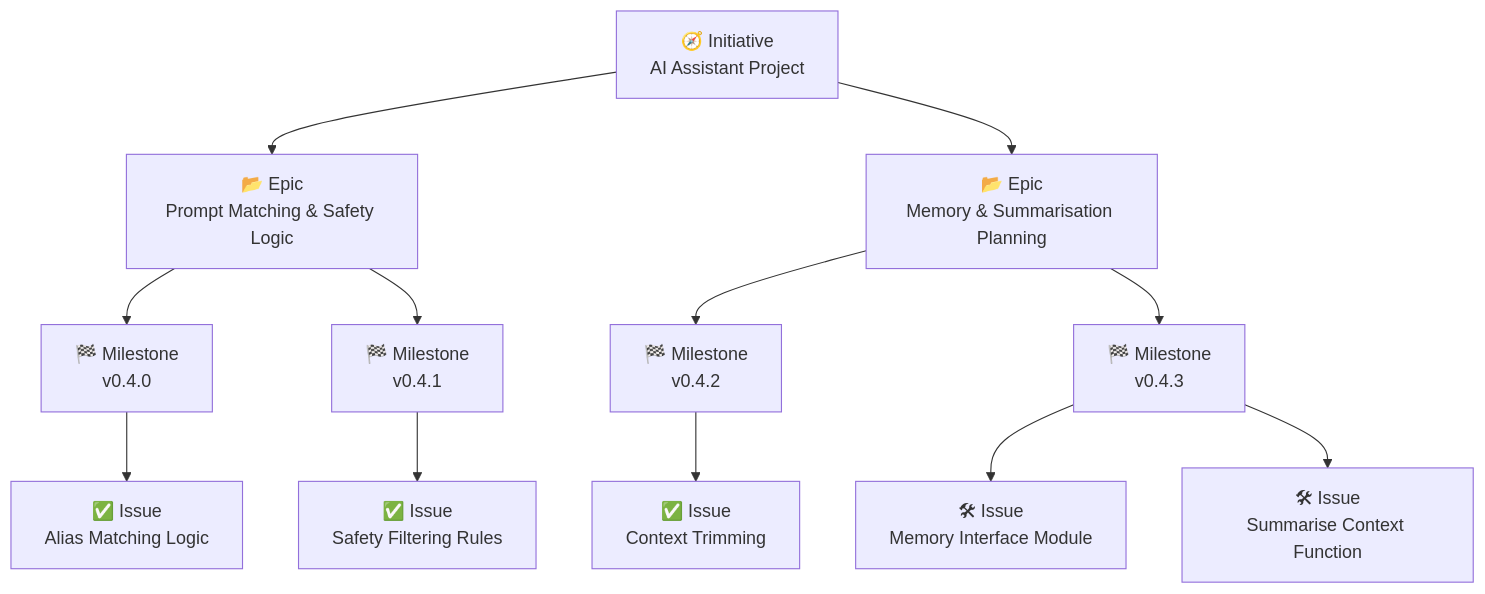
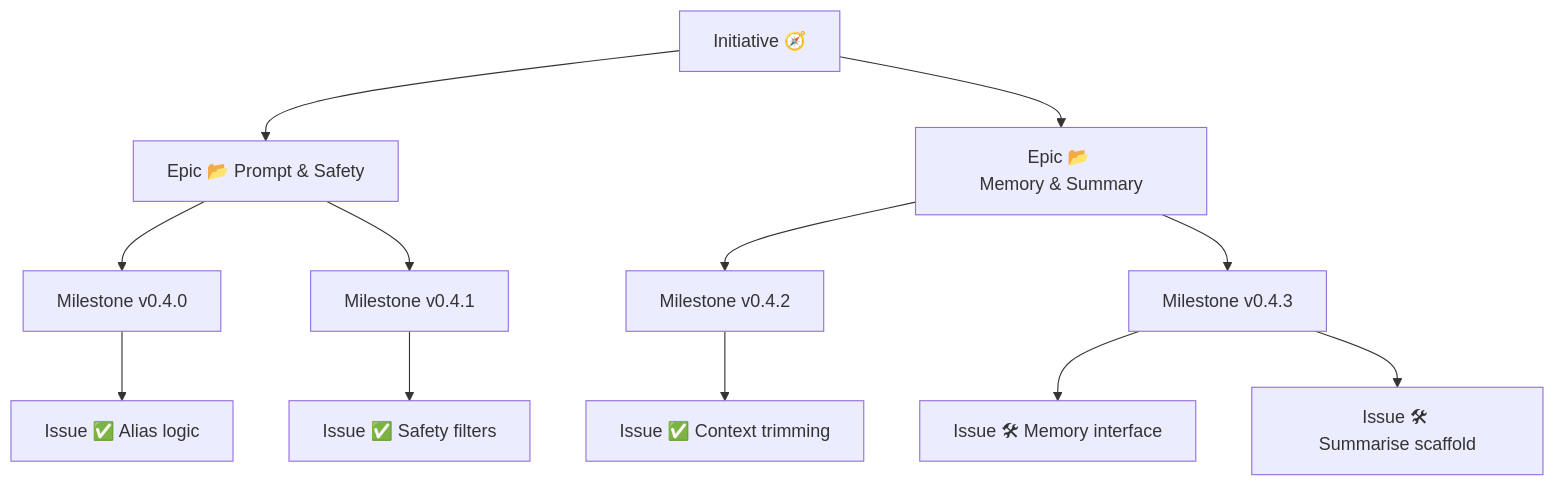
One commit to Deim0s13/llm-assistant changed the diagram in README.md. Above: the diagram before and after it, drawn with Mermaid. The commit also changed other lines of this file and 13 other files, not shown here.

````diff
--- a/README.md
+++ b/README.md
@@ -73,14 +63,14 @@
 ```mermaid
 graph TD
-    A[🧭 Initiative<br>AI Assistant Project] --> B[📂 Epic<br>Prompt Matching & Safety Logic]
-    A --> C[📂 Epic<br>Memory & Summarisation Planning]
-    B --> D[🏁 Milestone<br>v0.4.0]
-    B --> E[🏁 Milestone<br>v0.4.1]
-    C --> F[🏁 Milestone<br>v0.4.2]
-    C --> G[🏁 Milestone<br>v0.4.3]
-    D --> H[✅ Issue<br>Alias Matching Logic]
-    E --> I[✅ Issue<br>Safety Filtering Rules]
-    F --> J[✅ Issue<br>Context Trimming]
-    G --> K[🛠 Issue<br>Memory Interface Module]
-    G --> L[🛠 Issue<br>Summarise Context Function]
+  A[Initiative 🧭] --> B[Epic 📂 Prompt & Safety]
+  A                --> C[Epic 📂 Memory & Summary]
+  B --> D[Milestone v0.4.0]
+  B --> E[Milestone v0.4.1]
+  C --> F[Milestone v0.4.2]
+  C --> G[Milestone v0.4.3]
+  D --> H[Issue ✅ Alias logic]
+  E --> I[Issue ✅ Safety filters]
+  F --> J[Issue ✅ Context trimming]
+  G --> K[Issue 🛠 Memory interface]
+  G --> L[Issue 🛠 Summarise scaffold]
 ```
````
